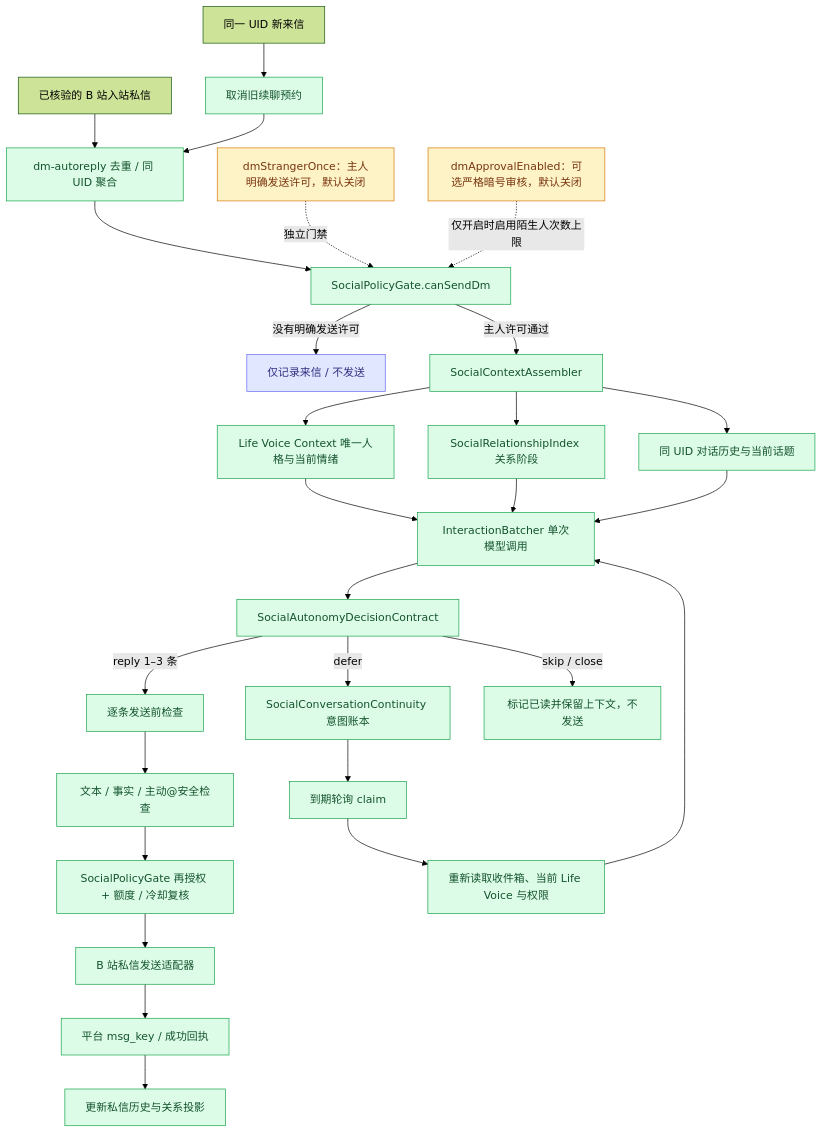
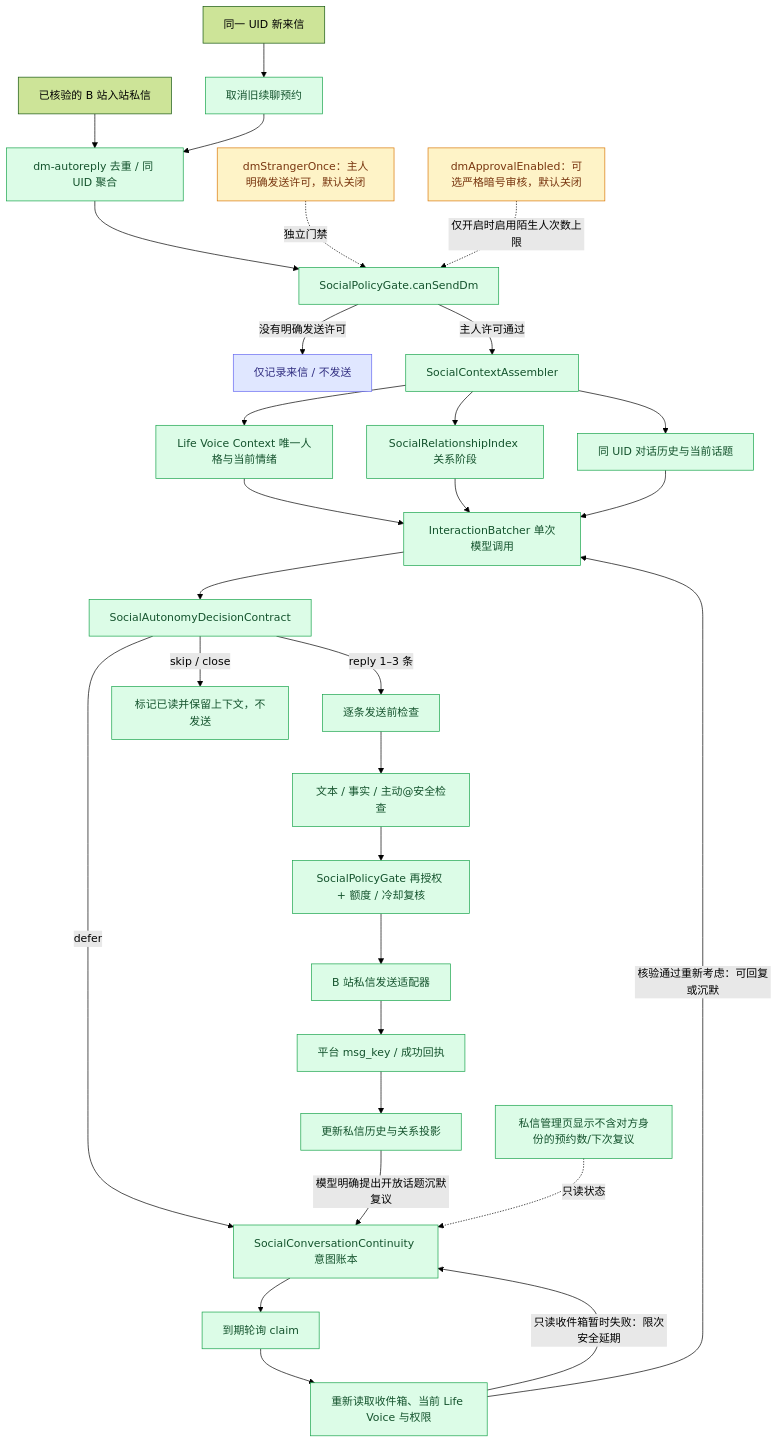
The diagram in docs/architecture/diagrams/2.7.0-dm-autonomy-live.mmd (minedalang/dsh-dafeiyu-life), drawn with Mermaid (forest theme) before and after one commit. The commit also changed 16 other files, not shown here.

```diff
--- a/docs/architecture/diagrams/2.7.0-dm-autonomy-live.mmd
+++ b/docs/architecture/diagrams/2.7.0-dm-autonomy-live.mmd
@@ -1,34 +1,37 @@
 flowchart TD
   A[已核验的 B 站入站私信] --> B[dm-autoreply 去重 / 同 UID 聚合]
   B --> C[SocialPolicyGate.canSendDm]
   C -->|没有明确发送许可| X[仅记录来信 / 不发送]
   C -->|主人许可通过| D[SocialContextAssembler]
   D --> E[Life Voice Context 唯一人格与当前情绪]
   D --> F[SocialRelationshipIndex 关系阶段]
   D --> G[同 UID 对话历史与当前话题]
   E --> H[InteractionBatcher 单次模型调用]
   F --> H
   G --> H
   H --> I[SocialAutonomyDecisionContract]
   I -->|reply 1–3 条| J[逐条发送前检查]
   I -->|defer| K[SocialConversationContinuity 意图账本]
   I -->|skip / close| L[标记已读并保留上下文，不发送]
   J --> M[文本 / 事实 / 主动@安全检查]
   M --> N[SocialPolicyGate 再授权 + 额度 / 冷却复核]
   N --> O[B 站私信发送适配器]
   O --> P[平台 msg_key / 成功回执]
   P --> Q[更新私信历史与关系投影]
+  Q -->|模型明确提出开放话题沉默复议| K
   K --> R[到期轮询 claim]
   R --> S[重新读取收件箱、当前 Life Voice 与权限]
-  S --> H
+  S -->|只读收件箱暂时失败：限次安全延期| K
+  S -->|核验通过重新考虑：可回复或沉默| H
+  Y[私信管理页显示不含对方身份的预约数/下次复议] -.只读状态.-> K
   T[同一 UID 新来信] --> U[取消旧续聊预约]
   U --> B
   V[dmStrangerOnce：主人明确发送许可，默认关闭] -.独立门禁.-> C
   W[dmApprovalEnabled：可选严格暗号审核，默认关闭] -.仅开启时启用陌生人次数上限.-> C
 
   classDef live fill:#dcfce7,stroke:#16a34a,color:#14532d
   classDef policy fill:#fef3c7,stroke:#d97706,color:#78350f
   classDef future fill:#e0e7ff,stroke:#6366f1,color:#312e81
-  class B,C,D,E,F,G,H,I,J,K,L,M,N,O,P,Q,R,S,U live
+  class B,C,D,E,F,G,H,I,J,K,L,M,N,O,P,Q,R,S,U,Y live
   class V,W policy
   class X future
```
